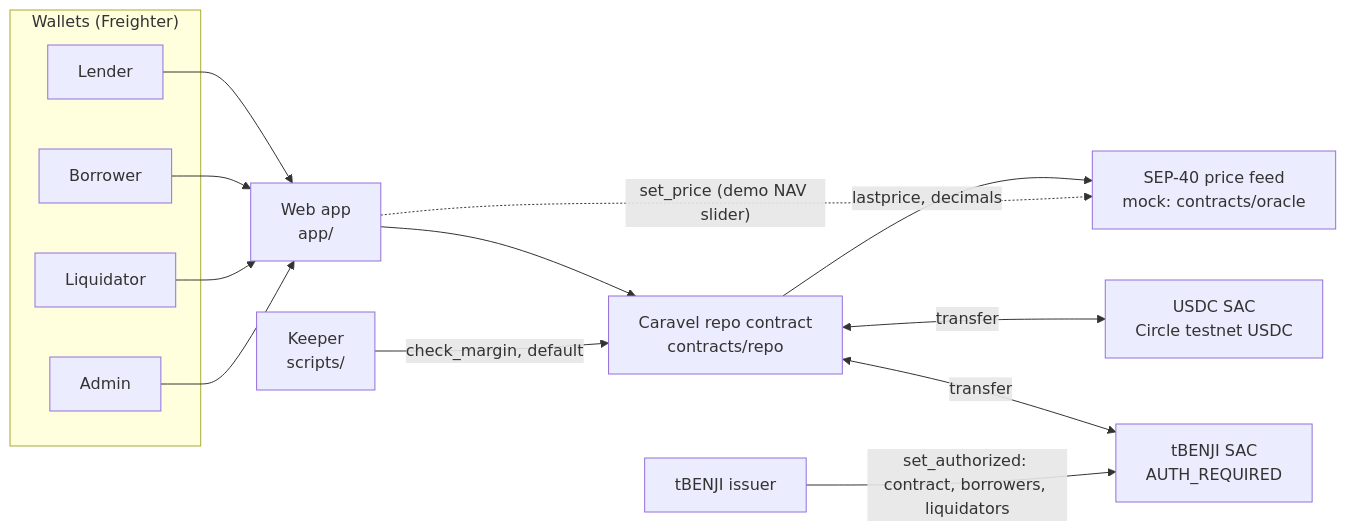
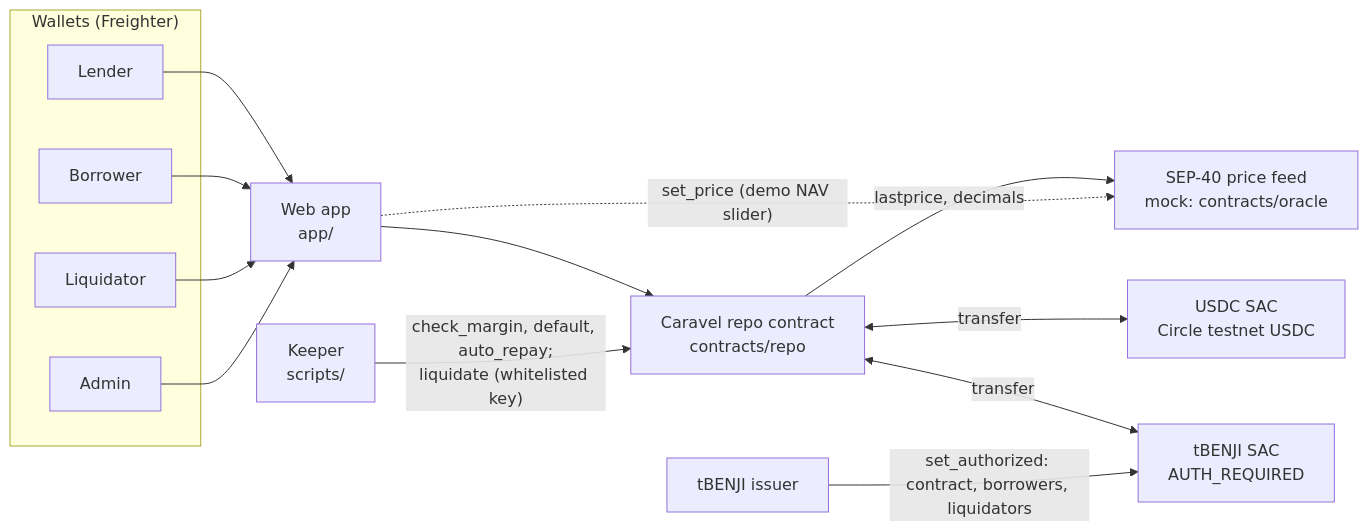
One commit to rcusans-code/Caravel changed the first of 2 diagrams in README.md. Above: the diagram before and after it, drawn with Mermaid. The commit also changed other lines of this file and 6 other files, not shown here.

````diff
--- a/README.md
+++ b/README.md
@@ -57,24 +64,24 @@
 ```mermaid
 flowchart LR
   subgraph W["Wallets (Freighter)"]
     L[Lender]
     B[Borrower]
     Q[Liquidator]
     A[Admin]
   end
   APP["Web app<br/>app/"]
   K["Keeper<br/>scripts/"]
   R["Caravel repo contract<br/>contracts/repo"]
   O["SEP-40 price feed<br/>mock: contracts/oracle"]
   U["USDC SAC<br/>Circle testnet USDC"]
   T["tBENJI SAC<br/>AUTH_REQUIRED"]
   I[tBENJI issuer]
 
   L & B & Q & A --> APP --> R
-  K -->|"check_margin, default"| R
+  K -->|"check_margin, default, auto_repay;<br/>liquidate (whitelisted key)"| R
   R -->|"lastprice, decimals"| O
   APP -.->|"set_price (demo NAV slider)"| O
   R <-->|transfer| U
   R <-->|transfer| T
   I -->|"set_authorized: contract, borrowers, liquidators"| T
 ```
````
